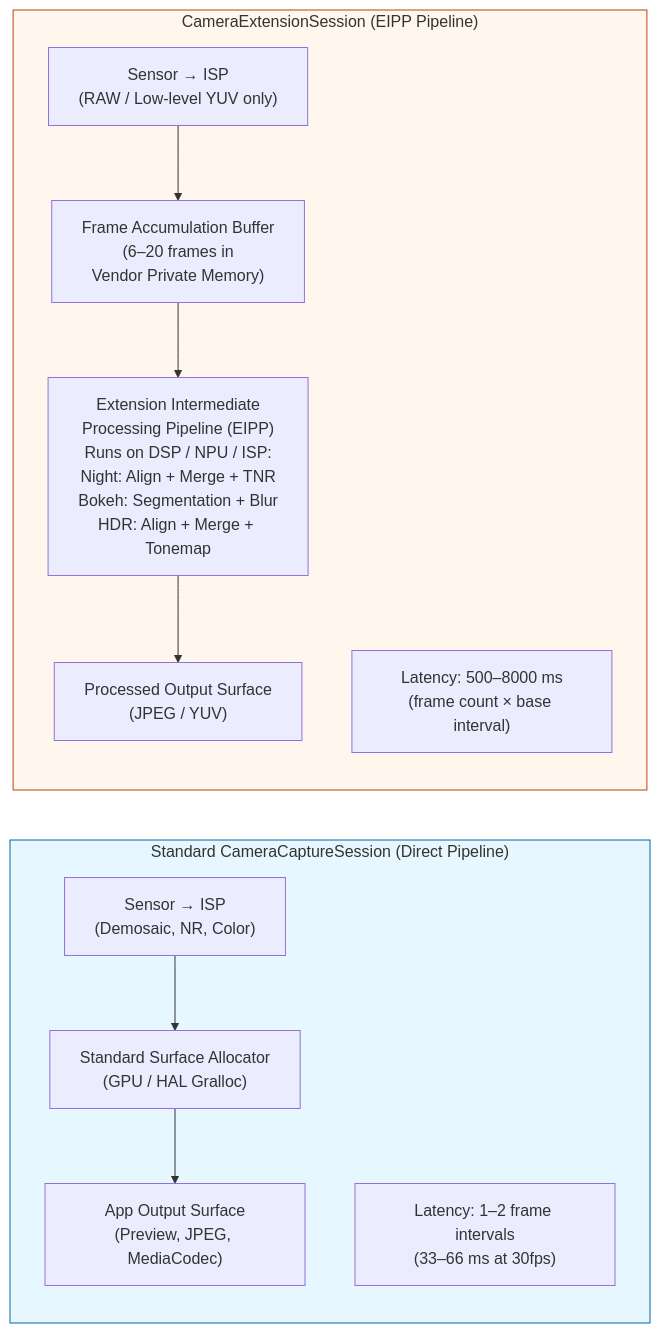
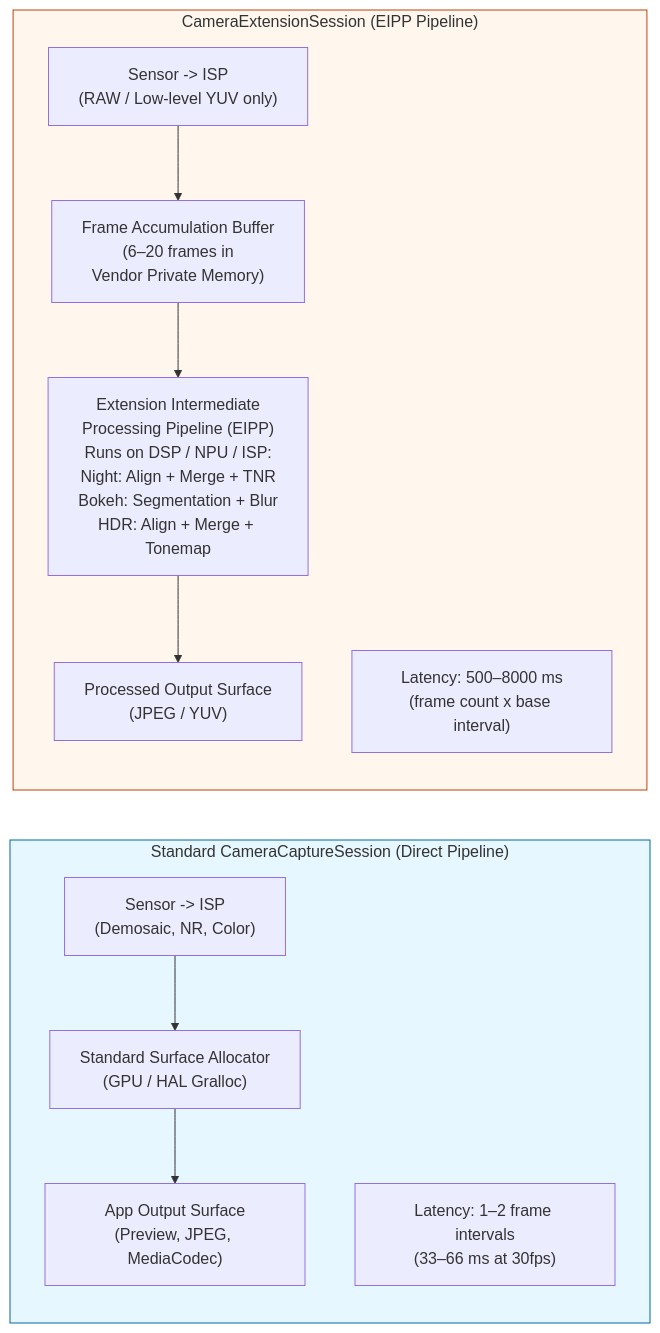
One commit to zoozooll/AndroidCameraParameters changed the first of 2 diagrams in website/docs/camera2/camera-extensions.md. Above: the diagram before and after it, drawn with Mermaid. The commit also changed other lines of this file and 77 other files, not shown here.

First line of the commit message:
docs: standardize Mermaid syntax and polish 3A pipeline translations

````diff
--- a/website/docs/camera2/camera-extensions.md
+++ b/website/docs/camera2/camera-extensions.md
@@ -34,24 +34,24 @@
 ```mermaid
 flowchart LR
     subgraph STANDARD["Standard CameraCaptureSession (Direct Pipeline)"]
         direction TB
-        S1["Sensor → ISP<br/>(Demosaic, NR, Color)"]
+        S1["Sensor -> ISP<br/>(Demosaic, NR, Color)"]
         S2["Standard Surface Allocator<br/>(GPU / HAL Gralloc)"]
         S3["App Output Surface<br/>(Preview, JPEG, MediaCodec)"]
         S1 --> S2 --> S3
         SLAT["Latency: 1–2 frame intervals<br/>(33–66 ms at 30fps)"]
     end
 
     subgraph EXTENSION["CameraExtensionSession (EIPP Pipeline)"]
         direction TB
-        E1["Sensor → ISP<br/>(RAW / Low-level YUV only)"]
+        E1["Sensor -> ISP<br/>(RAW / Low-level YUV only)"]
         E2["Frame Accumulation Buffer<br/>(6–20 frames in<br/>Vendor Private Memory)"]
         E3["Extension Intermediate<br/>Processing Pipeline (EIPP)<br/>Runs on DSP / NPU / ISP:<br/>Night: Align + Merge + TNR<br/>Bokeh: Segmentation + Blur<br/>HDR: Align + Merge + Tonemap"]
         E4["Processed Output Surface<br/>(JPEG / YUV)"]
         E1 --> E2 --> E3 --> E4
-        ELAT["Latency: 500–8000 ms<br/>(frame count × base interval)"]
+        ELAT["Latency: 500–8000 ms<br/>(frame count x base interval)"]
     end
 
     style STANDARD fill:#e6f7ff,stroke:#0369a1
     style EXTENSION fill:#fff7ed,stroke:#c2410c
 ```
````
